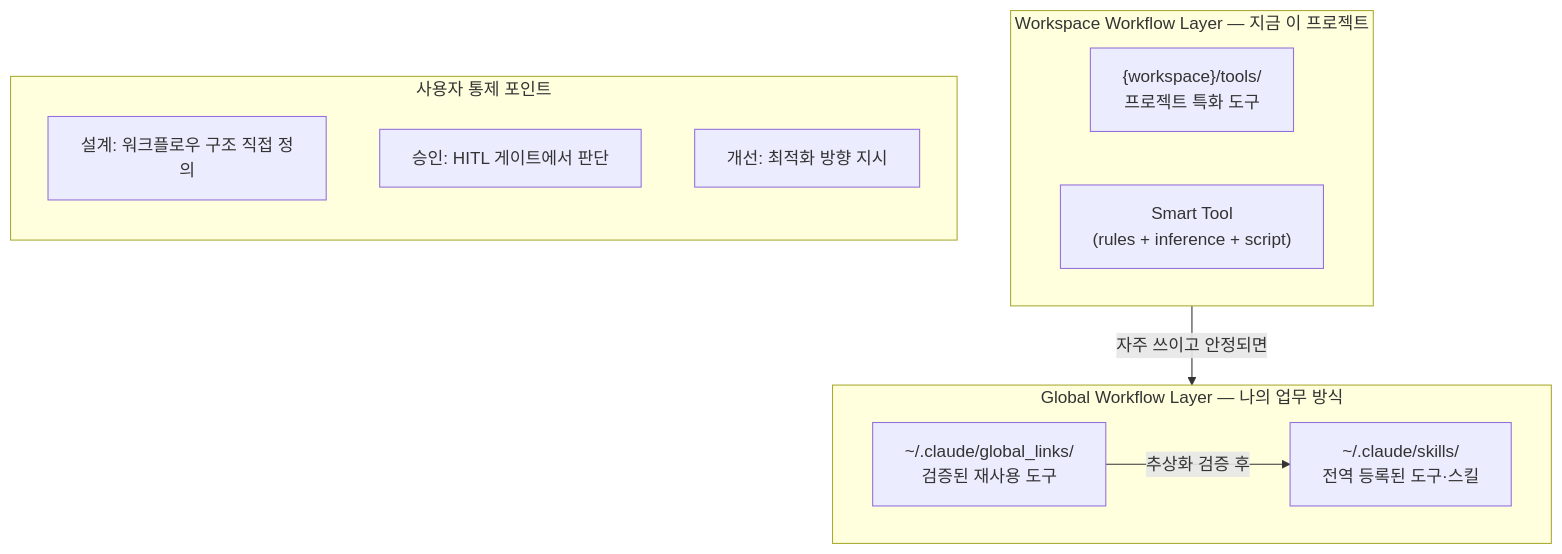
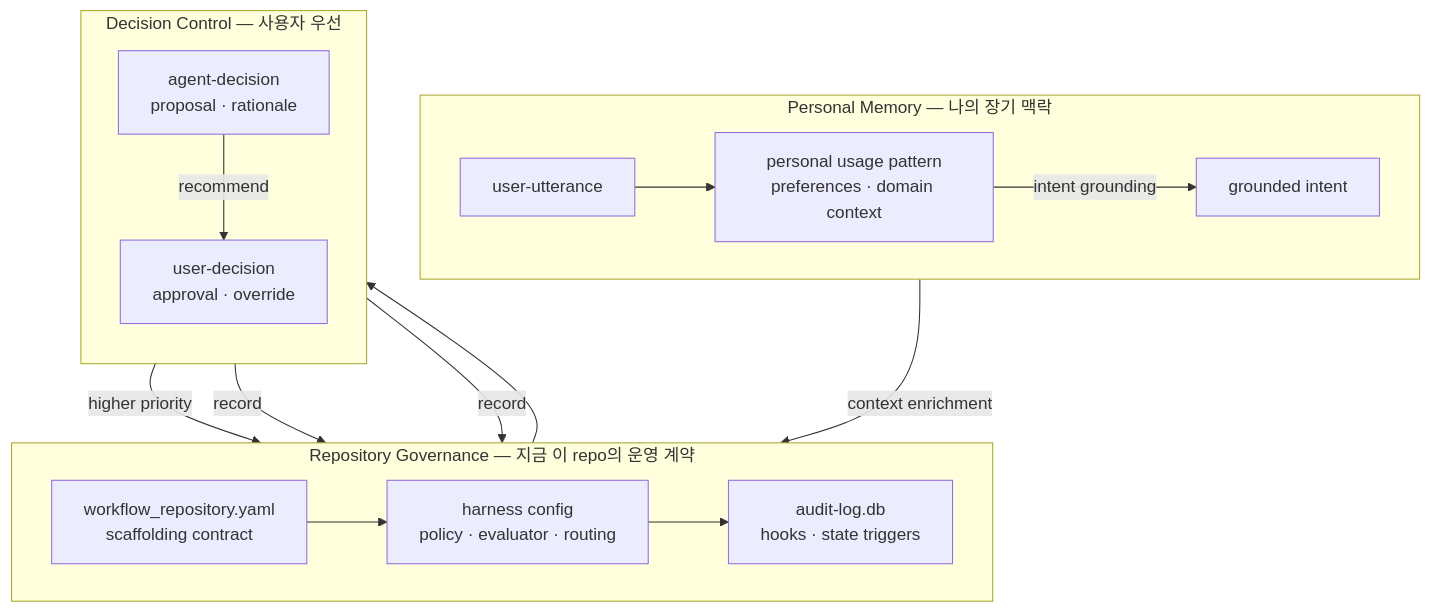
One commit to WMJOON/multi-swarm-orchestrator changed the first of 3 diagrams in README.md. Above: the diagram before and after it, drawn with Mermaid. The commit also changed other lines of this file and 28 other files, not shown here.

Commit message:
feat(v0.2.2): add repository operating harness contracts

````diff
--- a/README.md
+++ b/README.md
@@ -33,23 +41,31 @@
 ```mermaid
 graph TB
-    subgraph GlobalLayer ["Global Workflow Layer — 나의 업무 방식"]
+    subgraph PersonalMemory ["Personal Memory — 나의 장기 맥락"]
         direction LR
-        GR["~/.claude/skills/<br/>전역 등록된 도구·스킬"]
-        GL["~/.claude/global_links/<br/>검증된 재사용 도구"]
+        UU["user-utterance"]
+        PM["personal usage pattern<br/>preferences · domain context"]
+        GI["grounded intent"]
     end
-    subgraph WorkspaceLayer ["Workspace Workflow Layer — 지금 이 프로젝트"]
+    subgraph RepositoryGovernance ["Repository Governance — 지금 이 repo의 운영 계약"]
         direction LR
-        WT["{workspace}/tools/<br/>프로젝트 특화 도구"]
-        ST["Smart Tool<br/>(rules + inference + script)"]
+        WR["workflow_repository.yaml<br/>scaffolding contract"]
+        HG["harness config<br/>policy · evaluator · routing"]
+        AL["audit-log.db<br/>hooks · state triggers"]
+    end
+    subgraph DecisionControl ["Decision Control — 사용자 우선"]
+        direction TB
+        AD["agent-decision<br/>proposal · rationale"]
+        UD["user-decision<br/>approval · override"]
     end
 
-    WT -->|"자주 쓰이고 안정되면"| GL
-    GL -->|"추상화 검증 후"| GR
-
-    subgraph UserControl ["사용자 통제 포인트"]
-        direction TB
-        H1["설계: 워크플로우 구조 직접 정의"]
-        H2["승인: HITL 게이트에서 판단"]
-        H3["개선: 최적화 방향 지시"]
-    end
+    UU --> PM
+    PM -->|"intent grounding"| GI
+    GI -->|"context enrichment"| WR
+    WR --> HG
+    HG --> AL
+    HG --> AD
+    AD -->|"recommend"| UD
+    UD -->|"higher priority"| HG
+    AD -->|"record"| AL
+    UD -->|"record"| AL
 ```
````
